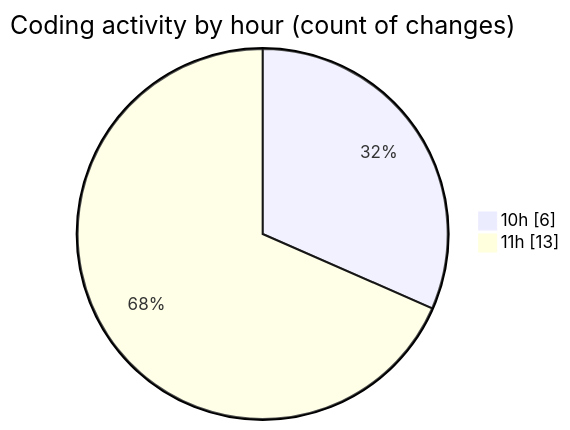
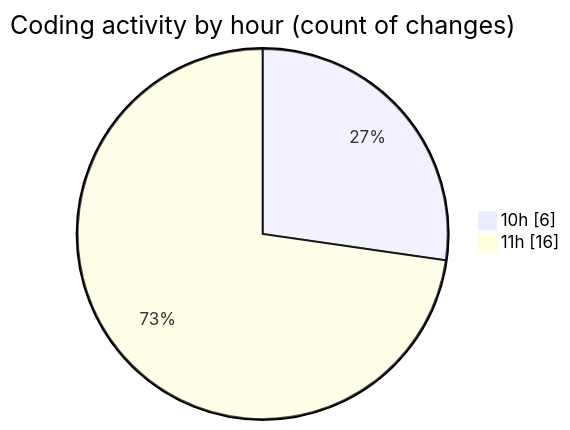
One commit to nxtqubesakshisongat/code-tracking changed the second of 2 diagrams in 2025-05-05/nxtqube_webapp/README.md. Above: the diagram before and after it, drawn with Mermaid. The commit also changed other lines of this file and 1 other file, not shown here.

````diff
--- a/2025-05-05/nxtqube_webapp/README.md
+++ b/2025-05-05/nxtqube_webapp/README.md
@@ -28,6 +28,6 @@
 ```mermaid
 pie showData
 title Coding activity by hour (count of changes)
 "10h" : 6
-"11h" : 13
+"11h" : 16
 ```
````
